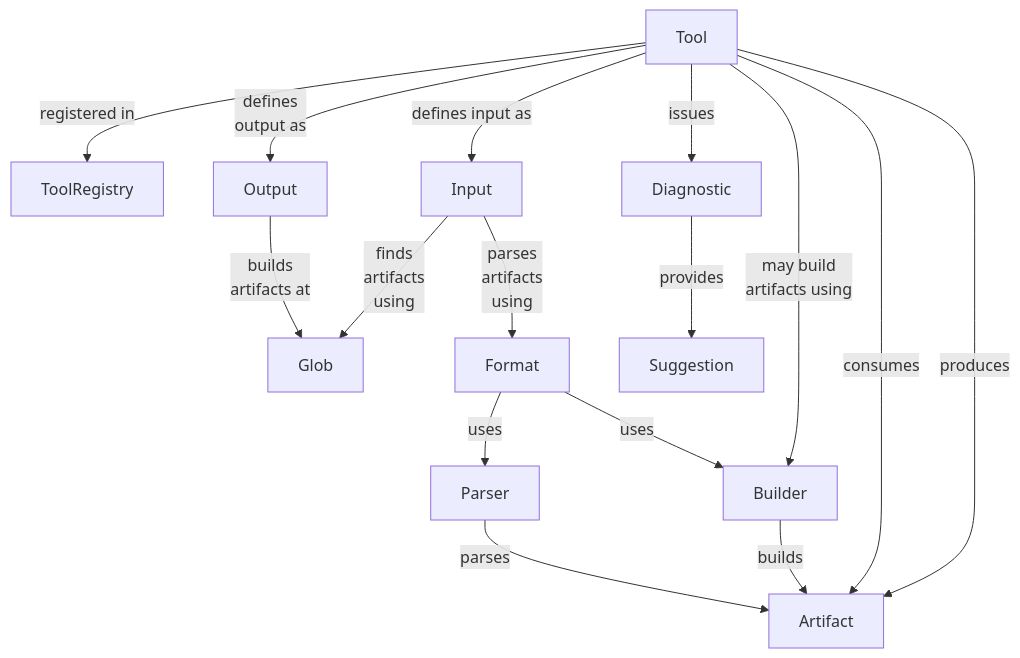
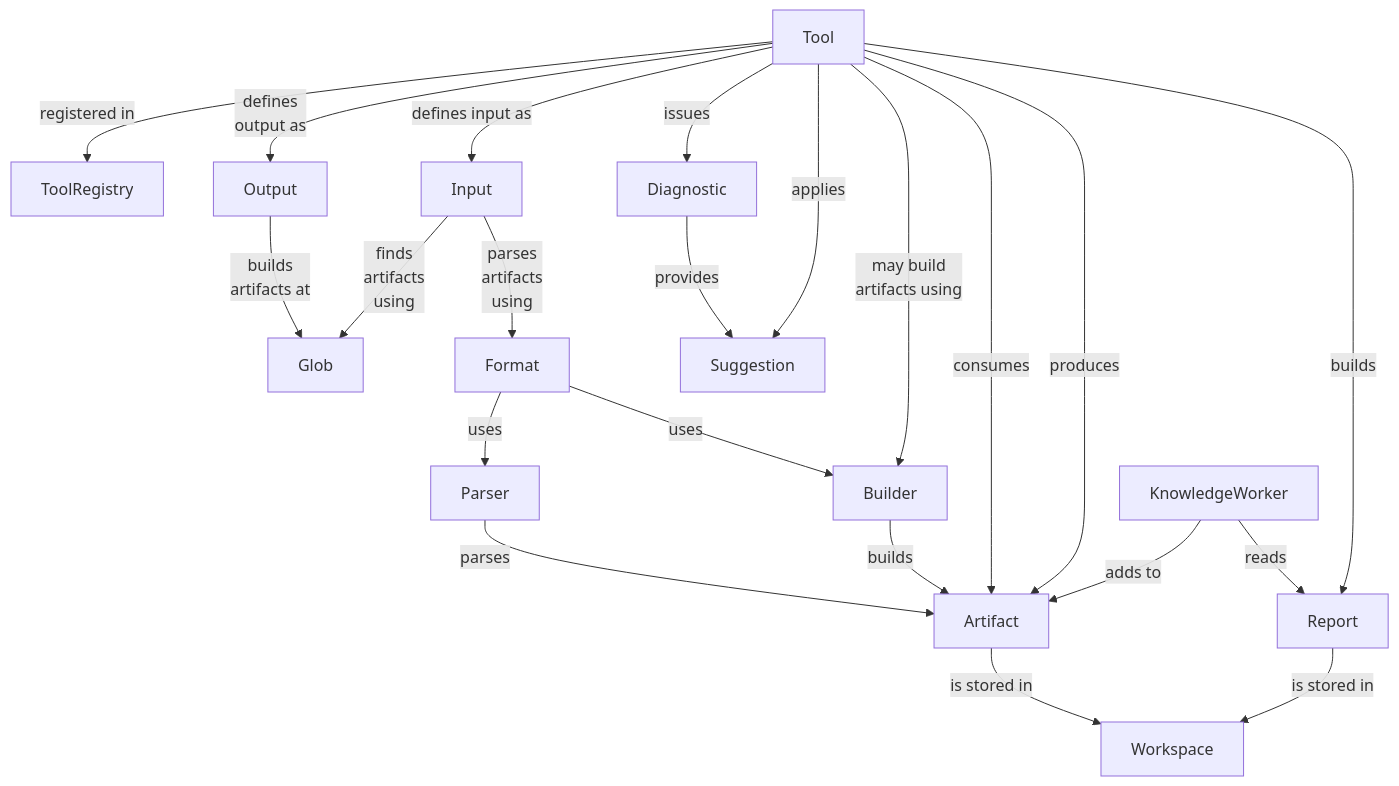
One commit to setms/sew changed the first of 2 diagrams in swe/src/main/ideas/tools.md. Above: the diagram before and after it, drawn with Mermaid. The commit also changed other lines of this file, not shown here.

````diff
--- a/swe/src/main/ideas/tools.md
+++ b/swe/src/main/ideas/tools.md
@@ -17,18 +12,24 @@
 ```mermaid
 graph
     Tool -- registered in --> ToolRegistry
     Tool -- defines\noutput as --> Output
     Output -- builds\nartifacts at --> Glob
     Tool -- defines input as --> Input
     Input -- finds\nartifacts\nusing --> Glob
     Input -- parses\nartifacts\nusing --> Format
     Format -- uses --> Parser
     Format -- uses --> Builder
     Parser -- parses --> Artifact
     Builder -- builds --> Artifact
     Tool -- may build\nartifacts using --> Builder
     Tool -- consumes --> Artifact
     Tool -- produces --> Artifact
     Tool -- issues --> Diagnostic
     Diagnostic -- provides --> Suggestion
+    Tool -- applies --> Suggestion
+    Artifact -- is stored in --> Workspace
+    KnowledgeWorker -- adds to --> Artifact
+    KnowledgeWorker -- reads --> Report
+    Tool -- builds --> Report
+    Report -- is stored in --> Workspace
 ```
````
